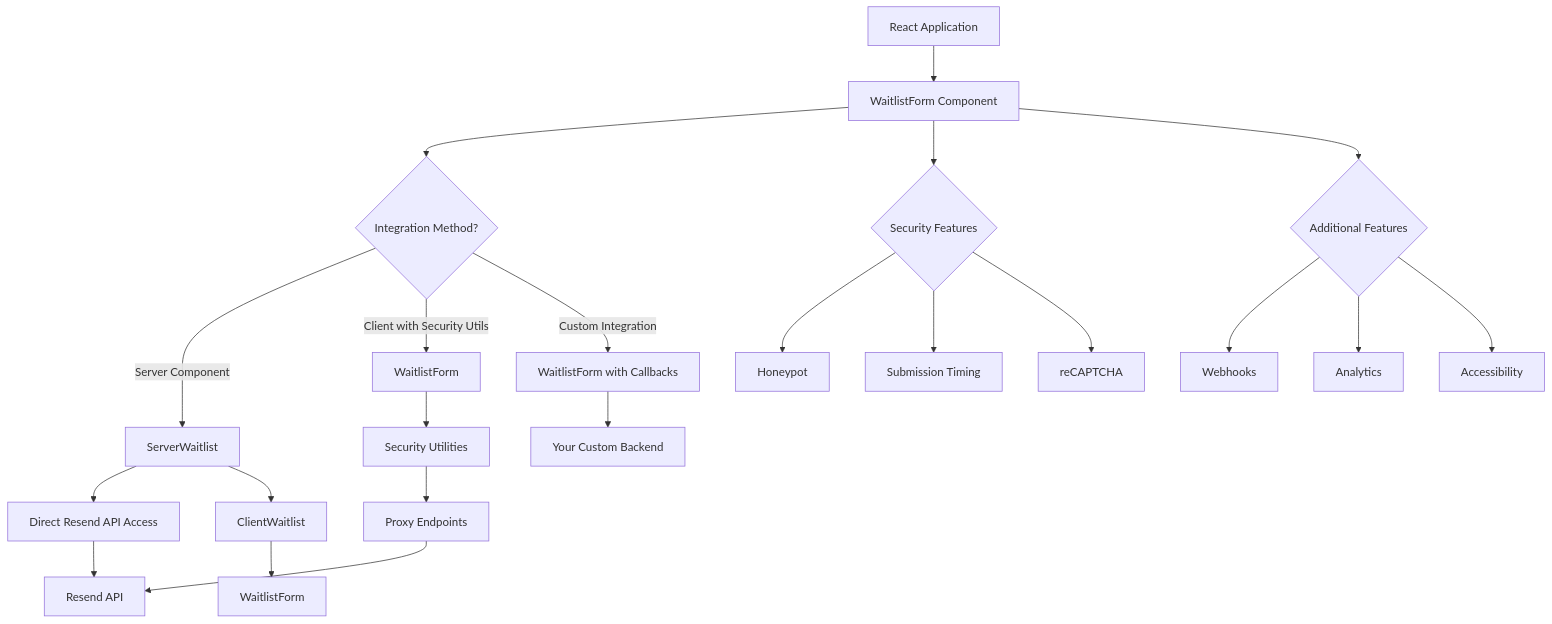
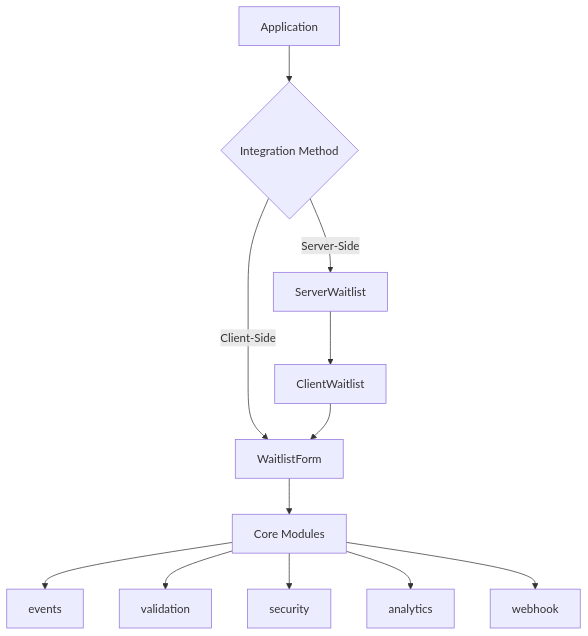
One commit to pmatheusvinhas/react-waitlist changed the diagram in README.md. Above: the diagram before and after it, drawn with Mermaid. The commit also changed other lines of this file and 40 other files, not shown here.

Commit message:
refactor: implement modular architecture and remove compatibility layer

````diff
--- a/README.md
+++ b/README.md
@@ -410,29 +425,17 @@
 ```mermaid
 graph TD
-    A[React Application] --> B[WaitlistForm Component]
-    B --> C{Integration Method?}
+    A[Application] --> B{Integration Method}
     
-    C -->|Server Component| D[ServerWaitlist]
-    D --> E[Direct Resend API Access]
-    E --> F[Resend API]
-    D --> G[ClientWaitlist]
-    G --> H[WaitlistForm]
+    B -->|Client-Side| C[WaitlistForm]
+    C --> D[Core Modules]
     
-    C -->|Client with Security Utils| I[WaitlistForm]
-    I --> J[Security Utilities]
-    J --> K[Proxy Endpoints]
-    K --> F
+    B -->|Server-Side| E[ServerWaitlist]
+    E --> F[ClientWaitlist]
+    F --> C
     
-    C -->|Custom Integration| L[WaitlistForm with Callbacks]
-    L --> M[Your Custom Backend]
-    
-    B --> N{Security Features}
-    N --> O[Honeypot]
-    N --> P[Submission Timing]
-    N --> Q[reCAPTCHA]
-    
-    B --> R{Additional Features}
-    R --> S[Webhooks]
-    R --> T[Analytics]
-    R --> U[Accessibility]
+    D --> G[events]
+    D --> H[validation]
+    D --> I[security]
+    D --> J[analytics]
+    D --> K[webhook]
 ```
````
